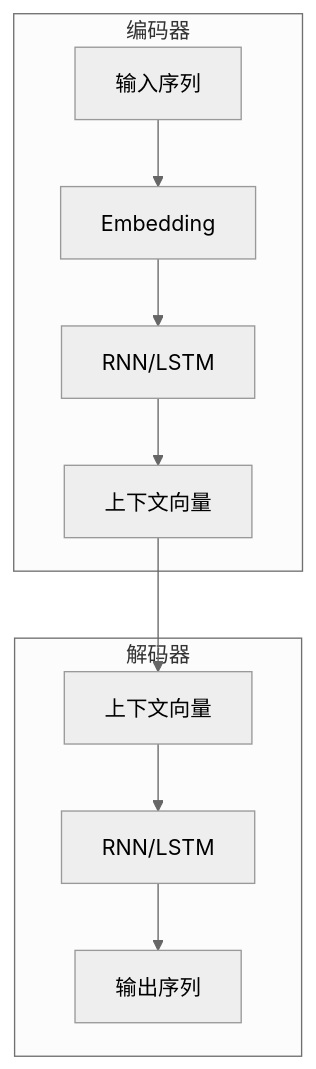
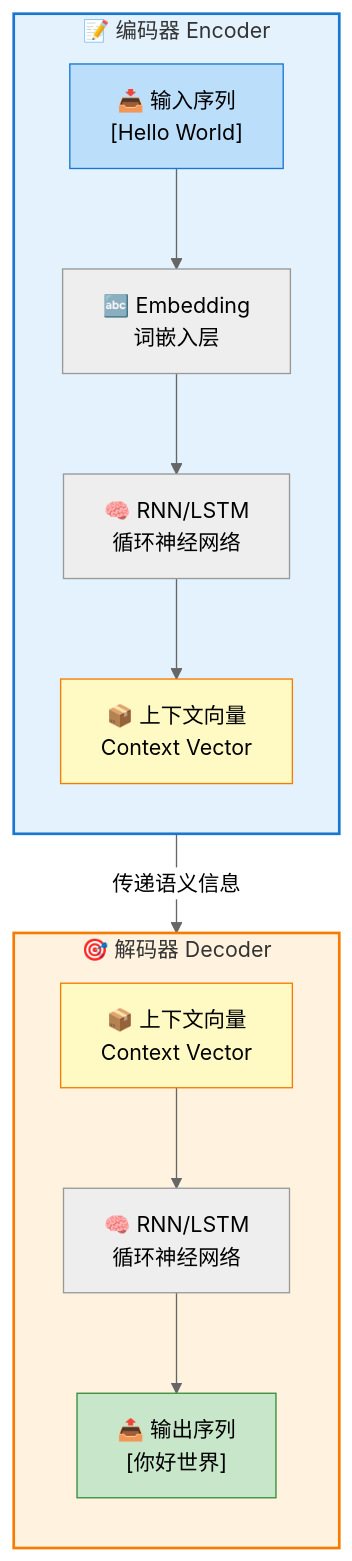
One commit to Zheng-Enci/Knoweledges changed the diagram in 一起学Transformer/02-序列到序列模型.md. Above: the diagram before and after it, drawn with Mermaid (neutral theme). The commit also changed other lines of this file and 2 other files, not shown here.

````diff
--- a/一起学Transformer/02-序列到序列模型.md
+++ b/一起学Transformer/02-序列到序列模型.md
@@ -54,15 +56,24 @@
 ```mermaid
 flowchart TB
-    subgraph 编码器
-        E1[输入序列] --> E2[Embedding]
-        E2 --> E3[RNN/LSTM]
-        E3 --> E4[上下文向量]
+    subgraph 编码器["📝 编码器 Encoder"]
+        direction TB
+        E1["📥 输入序列<br/>[Hello World]"] --> E2["🔤 Embedding<br/>词嵌入层"]
+        E2 --> E3["🧠 RNN/LSTM<br/>循环神经网络"]
+        E3 --> E4["📦 上下文向量<br/>Context Vector"]
     end
     
-    subgraph 解码器
-        D1[上下文向量] --> D2[RNN/LSTM]
-        D2 --> D3[输出序列]
+    subgraph 解码器["🎯 解码器 Decoder"]
+        direction TB
+        D1["📦 上下文向量<br/>Context Vector"] --> D2["🧠 RNN/LSTM<br/>循环神经网络"]
+        D2 --> D3["📤 输出序列<br/>[你好世界]"]
     end
     
-    E4 --> D1
+    E4 -->|传递语义信息| D1
+    
+    style 编码器 fill:#e3f2fd,stroke:#1976d2,stroke-width:2px
+    style 解码器 fill:#fff3e0,stroke:#f57c00,stroke-width:2px
+    style E1 fill:#bbdefb,stroke:#1976d2,color:#000
+    style E4 fill:#fff9c4,stroke:#f57c00,color:#000
+    style D1 fill:#fff9c4,stroke:#f57c00,color:#000
+    style D3 fill:#c8e6c9,stroke:#388e3c,color:#000
 ```
````
